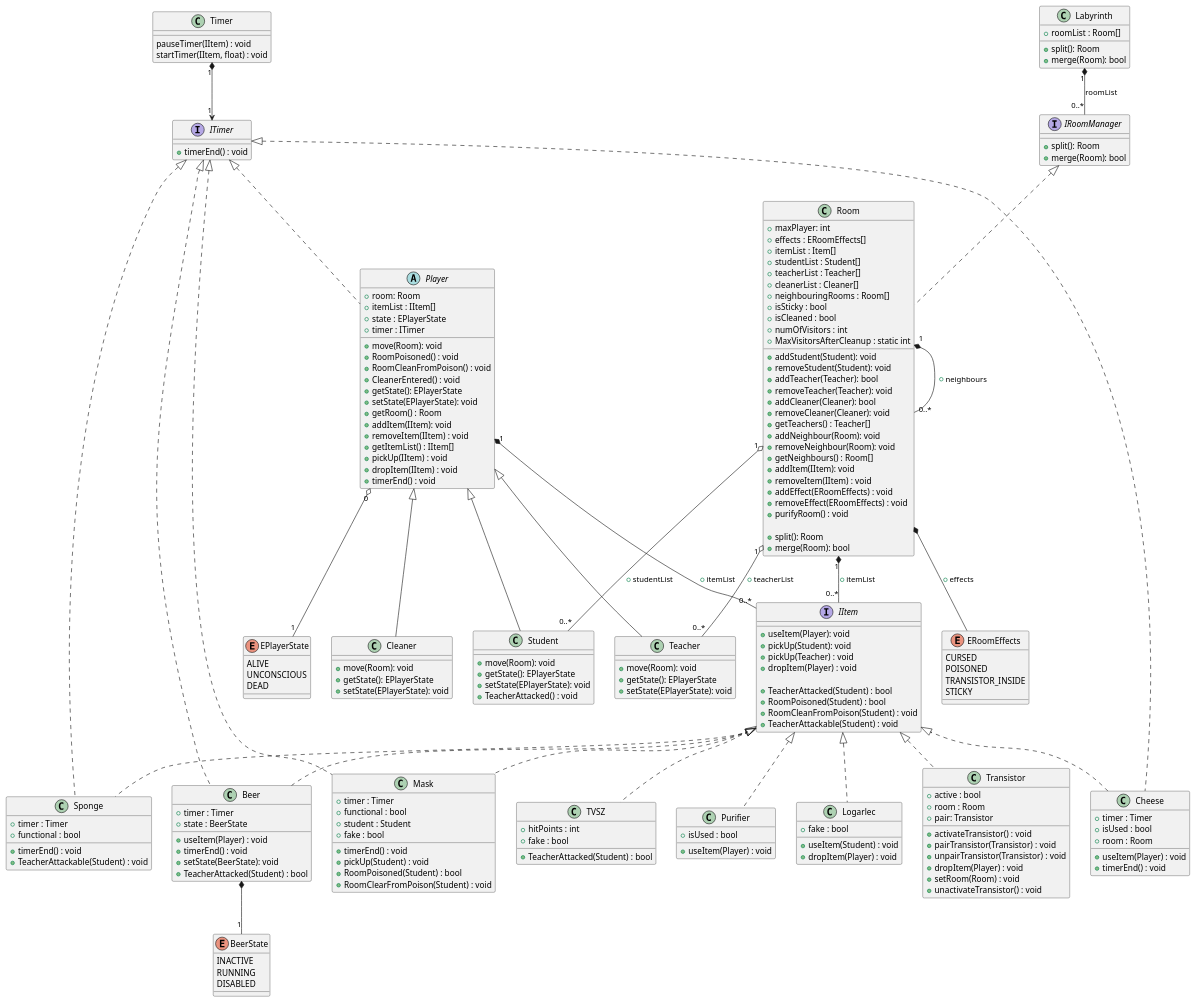
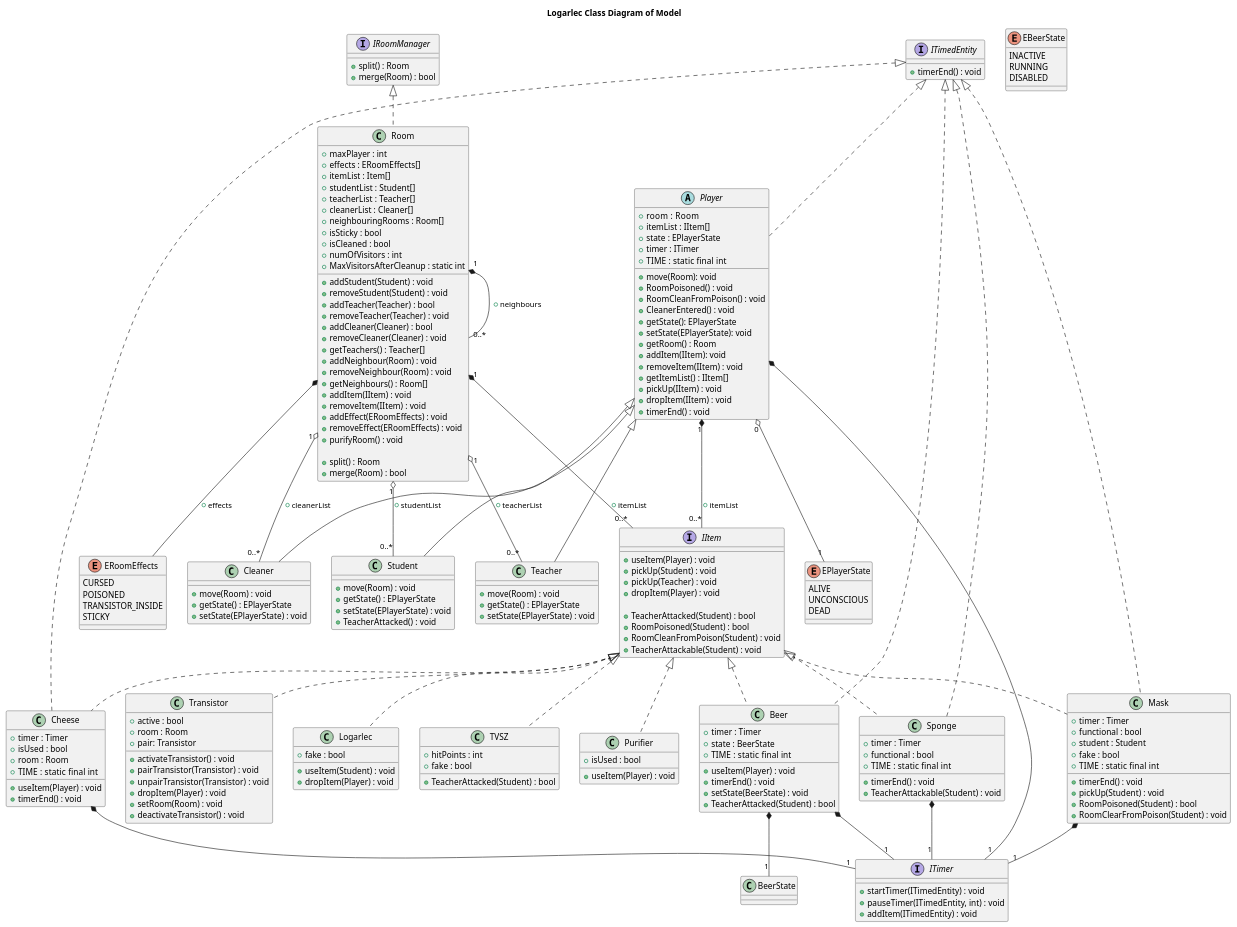
Before and after one commit to MBakter/echo: the diagram in docs/Class_UML.plantuml, drawn with PlantUML. The commit also changed 11 other files, not shown here.

```diff
--- a/docs/Class_UML.plantuml
+++ b/docs/Class_UML.plantuml
@@ -1,21 +1,14 @@
 @startuml UML
 
-class Labyrinth {
-    +roomList : Room[]
-
-    + split(): Room
-    + merge(Room): bool
-}
-
-Labyrinth "1" *-- "0..*" IRoomManager: roomList
+title Logarlec Class Diagram of Model
 
 interface IRoomManager {
-    + split(): Room
-    + merge(Room): bool
+    + split() : Room
+    + merge(Room) : bool
 }
 
 class Room implements IRoomManager {
-    + maxPlayer: int
+    + maxPlayer : int
     + effects : ERoomEffects[]
     + itemList : Item[]
     + studentList : Student[]
@@ -27,32 +20,32 @@
     + numOfVisitors : int
     + MaxVisitorsAfterCleanup : static int
 
-    + addStudent(Student): void
-    + removeStudent(Student): void
-    + addTeacher(Teacher): bool
-    + removeTeacher(Teacher): void
-    + addCleaner(Cleaner): bool
-    + removeCleaner(Cleaner): void
+    + addStudent(Student) : void
+    + removeStudent(Student) : void
+    + addTeacher(Teacher) : bool
+    + removeTeacher(Teacher) : void
+    + addCleaner(Cleaner) : bool
+    + removeCleaner(Cleaner) : void
     + getTeachers() : Teacher[]
-    + addNeighbour(Room): void
-    + removeNeighbour(Room): void
+    + addNeighbour(Room) : void
+    + removeNeighbour(Room) : void
     + getNeighbours() : Room[]
-    + addItem(IItem): void
+    + addItem(IItem) : void
     + removeItem(IItem) : void
     + addEffect(ERoomEffects) : void
     + removeEffect(ERoomEffects) : void
     + purifyRoom() : void
 
-    + split(): Room
-    + merge(Room): bool
+    + split() : Room
+    + merge(Room) : bool
 }
 
 Room "1" o-- "0..*" Student: + studentList
 Room "1" o-- "0..*" Teacher: + teacherList
+Room "1" o-- "0..*" Cleaner: + cleanerList
 Room "1" *-- "0..*" Room: + neighbours
 Room "1" *-- "0..*" IItem: + itemList
 Room *-- ERoomEffects: + effects
-
 
 enum EPlayerState {
     ALIVE
@@ -60,11 +53,12 @@
     DEAD
 }
 
-abstract class Player implements ITimer{
-    + room: Room
+abstract class Player implements ITimedEntity{
+    + room  : Room
     + itemList : IItem[]
     + state : EPlayerState
     + timer : ITimer
+    + TIME  : static final int
 
     + move(Room): void
     + RoomPoisoned() : void
@@ -83,10 +77,11 @@
 
 Player "0" o-- "1" EPlayerState
 Player "1" *-- "0..*" IItem: + itemList
+Player *--"1" ITimer
 
 interface IItem {
-    + useItem(Player): void
-    + pickUp(Student): void
+    + useItem(Player) : void
+    + pickUp(Student) : void
     + pickUp(Teacher) : void
     + dropItem(Player) : void
 
@@ -97,22 +92,22 @@
 }
 
 class Teacher extends Player {
-    + move(Room): void
-    + getState(): EPlayerState
-    + setState(EPlayerState): void
+    + move(Room) : void
+    + getState() : EPlayerState
+    + setState(EPlayerState) : void
 }
 
 class Student extends Player {
-    + move(Room): void
-    + getState(): EPlayerState
-    + setState(EPlayerState): void
+    + move(Room) : void
+    + getState() : EPlayerState
+    + setState(EPlayerState) : void
     + TeacherAttacked() : void
 }
 
 class Cleaner extends Player {
-    + move(Room): void
-    + getState(): EPlayerState
-    + setState(EPlayerState): void
+    + move(Room) : void
+    + getState() : EPlayerState
+    + setState(EPlayerState) : void
 }
 
 enum ERoomEffects {
@@ -123,6 +118,12 @@
 }
 
 interface ITimer {
+    + startTimer(ITimedEntity) : void
+    + pauseTimer(ITimedEntity, int) : void
+    + addItem(ITimedEntity) : void
+}
+
+interface ITimedEntity {
     + timerEnd() : void
 }
 
@@ -143,31 +144,34 @@
     + unpairTransistor(Transistor) : void
     + dropItem(Player) : void
     + setRoom(Room) : void
-    + unactivateTransistor() : void
+    + deactivateTransistor() : void
 }
 
-enum BeerState {
+enum EBeerState {
     INACTIVE
     RUNNING
     DISABLED
 }
 
-class Beer implements IItem, ITimer {
+class Beer implements IItem, ITimedEntity {
     + timer : Timer
     + state : BeerState
+    + TIME  : static final int
     
     + useItem(Player) : void
     + timerEnd() : void
-    + setState(BeerState): void
+    + setState(BeerState) : void
     + TeacherAttacked(Student) : bool
 }
 Beer *-- "1" BeerState
+Beer *--"1" ITimer
 
-class Mask implements IItem, ITimer  {
+class Mask implements IItem, ITimedEntity  {
     + timer : Timer
     + functional : bool
     + student : Student
     + fake : bool
+    + TIME  : static final int
 
     + timerEnd() : void
     + pickUp(Student) : void
@@ -175,23 +179,28 @@
     + RoomClearFromPoison(Student) : void
 
 }
+Mask *--"1" ITimer
 
-class Sponge implements IItem, ITimer {
+class Sponge implements IItem, ITimedEntity {
     + timer : Timer
     + functional : bool
+    + TIME  : static final int
 
     + timerEnd() : void
     + TeacherAttackable(Student) : void
 }
+Sponge *--"1" ITimer
 
-class Cheese implements IItem, ITimer {
+class Cheese implements IItem, ITimedEntity {
     + timer : Timer
     + isUsed : bool
     + room : Room
-    
+    + TIME  : static final int
+
     + useItem(Player) : void
     + timerEnd() : void
 }
+Cheese *--"1" ITimer
 
 class Purifier implements IItem {
     + isUsed : bool
@@ -206,11 +215,4 @@
     + dropItem(Player) : void
 }
 
-class Timer {
-    pauseTimer(IItem) : void
-    startTimer(IItem, float) : void
-}
-Timer "1"*--> "1" ITimer
-
-
 @enduml
```
